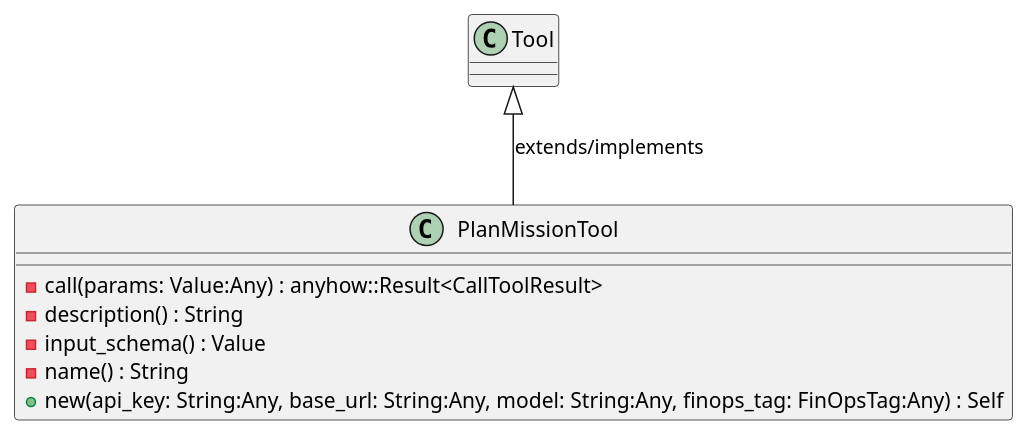
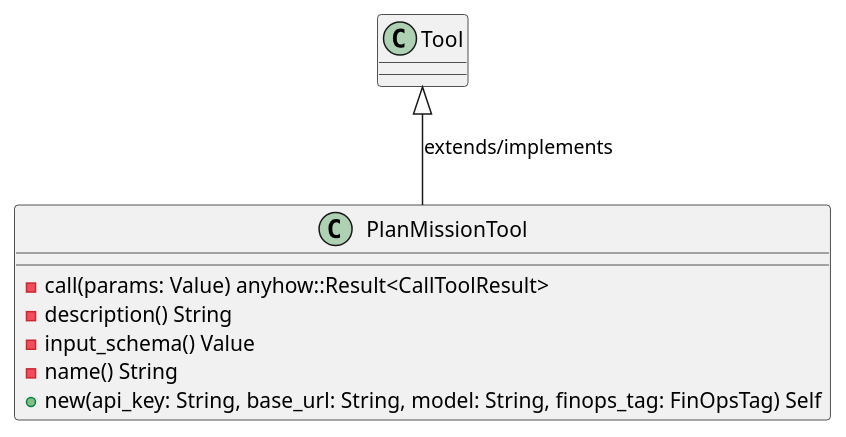
The first of 6 diagrams in openwiki/crates_factory_mcp_server_src_tools_plan_mission.md (lgcorzo/rust_CACD_autonomous_factory), drawn with PlantUML before and after one commit. The commit also changed other lines of this file and 97 other files, not shown here.

First line of the commit message:
Fix Rust AST parsing for method and function parameters, and update OKF UML frontmatter

````diff
--- a/openwiki/crates_factory_mcp_server_src_tools_plan_mission.md
+++ b/openwiki/crates_factory_mcp_server_src_tools_plan_mission.md
@@ -82,13 +87,13 @@
 ```plantuml
 @startuml
 class PlanMissionTool {
-    -call(params: Value:Any) : anyhow::Result<CallToolResult>
-    -description() : String
-    -input_schema() : Value
-    -name() : String
-    +new(api_key: String:Any, base_url: String:Any, model: String:Any, finops_tag: FinOpsTag:Any) : Self
+    -call(params: Value) anyhow::Result<CallToolResult>
+    -description() String
+    -input_schema() Value
+    -name() String
+    +new(api_key: String, base_url: String, model: String, finops_tag: FinOpsTag) Self
 }
 Tool <|-- PlanMissionTool : extends/implements
 @enduml
 
 ```
````
